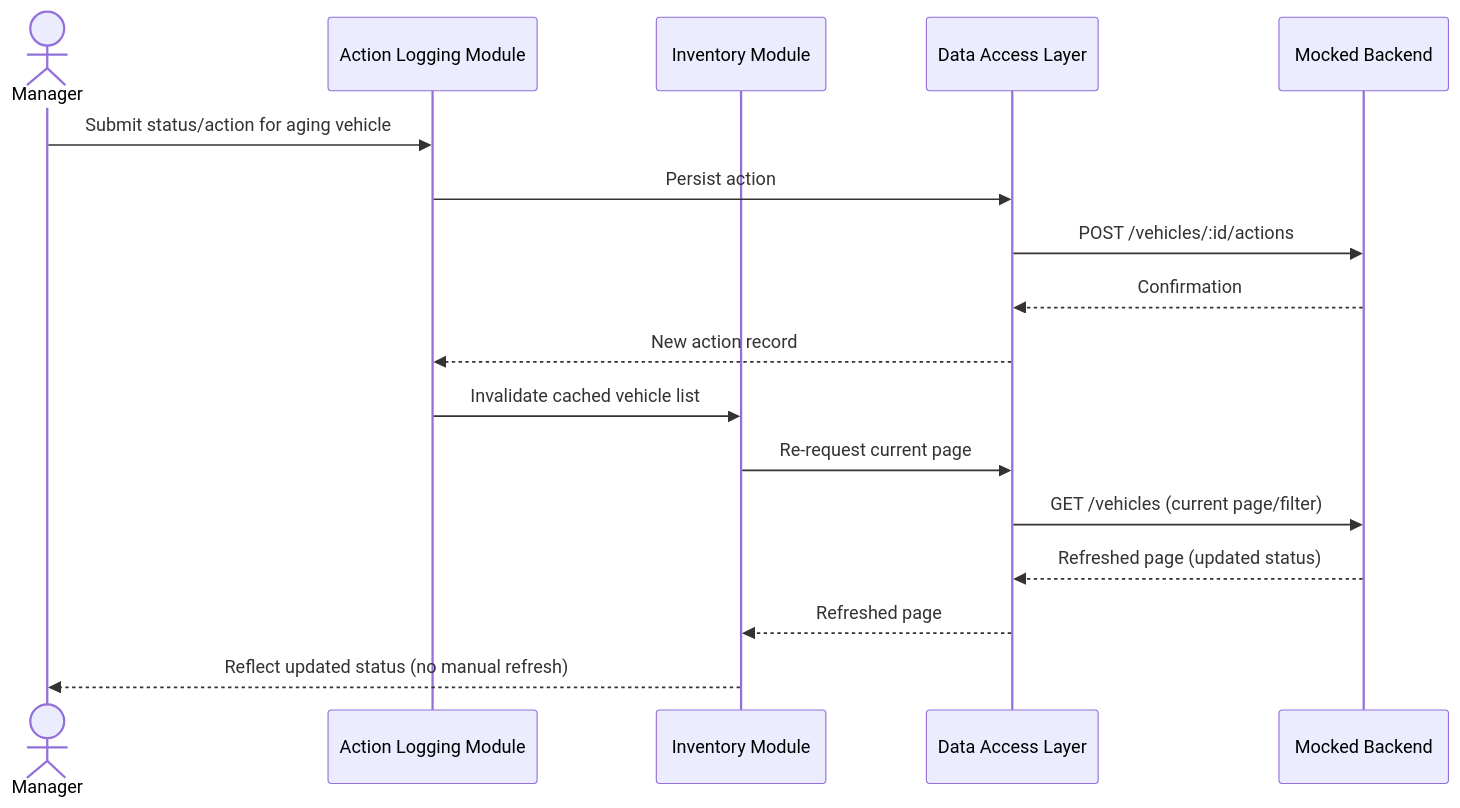
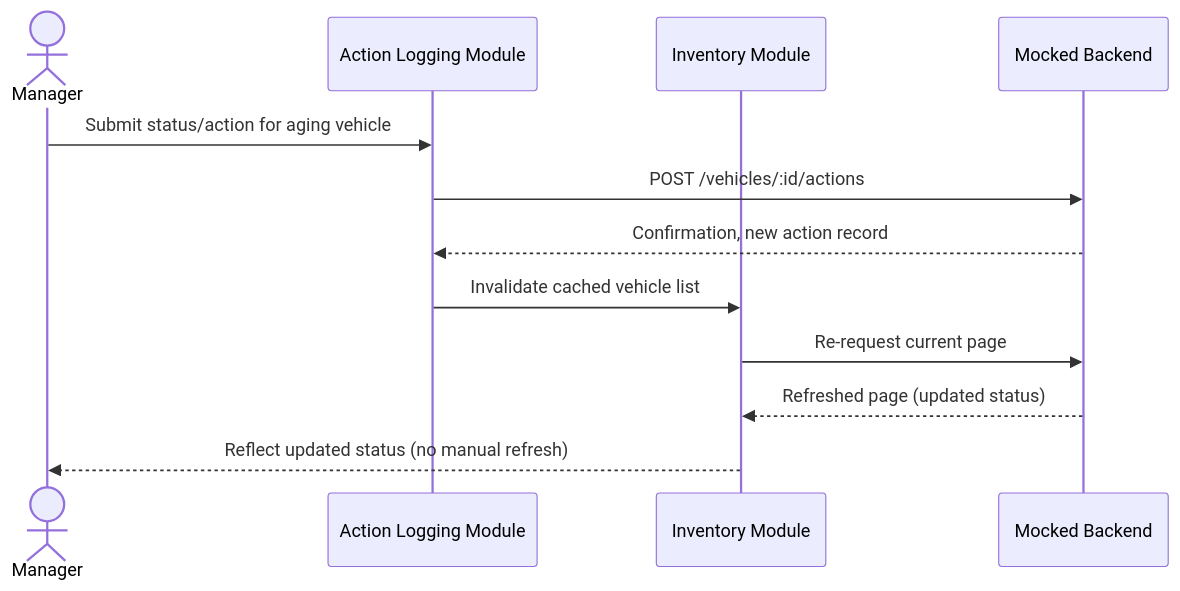
One commit to nmtrong1000/keyloop-challenge changed the fourth of 4 diagrams in SDD.md. Above: the diagram before and after it, drawn with Mermaid. The commit also changed other lines of this file and 1 other file, not shown here.

First line of the commit message:
docs(STORY_20): sync SDD architecture and data-flow diagrams with SSR

````diff
--- a/SDD.md
+++ b/SDD.md
@@ -149,20 +112,15 @@
 ```mermaid
 sequenceDiagram
     actor Manager
     participant ALM as Action Logging Module
     participant IM as Inventory Module
-    participant DAL as Data Access Layer
     participant Mock as Mocked Backend
 
     Manager->>ALM: Submit status/action for aging vehicle
-    ALM->>DAL: Persist action
-    DAL->>Mock: POST /vehicles/:id/actions
-    Mock-->>DAL: Confirmation
-    DAL-->>ALM: New action record
+    ALM->>Mock: POST /vehicles/:id/actions
+    Mock-->>ALM: Confirmation, new action record
     ALM->>IM: Invalidate cached vehicle list
-    IM->>DAL: Re-request current page
-    DAL->>Mock: GET /vehicles (current page/filter)
-    Mock-->>DAL: Refreshed page (updated status)
-    DAL-->>IM: Refreshed page
+    IM->>Mock: Re-request current page
+    Mock-->>IM: Refreshed page (updated status)
     IM-->>Manager: Reflect updated status (no manual refresh)
 ```
````
